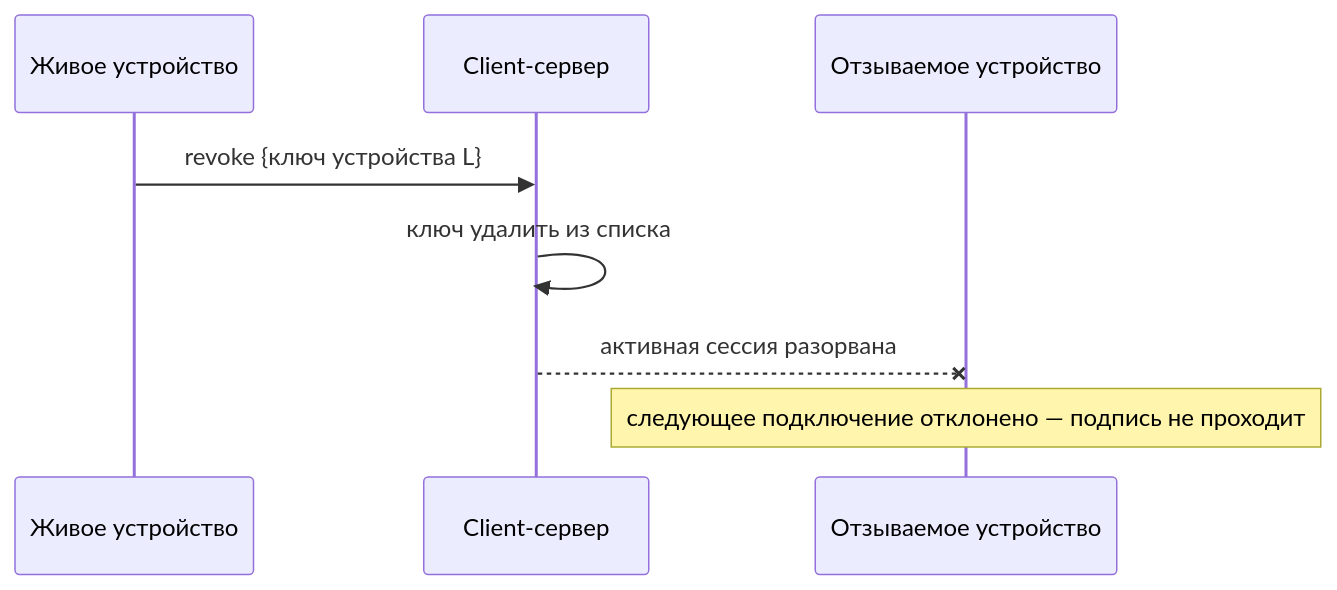
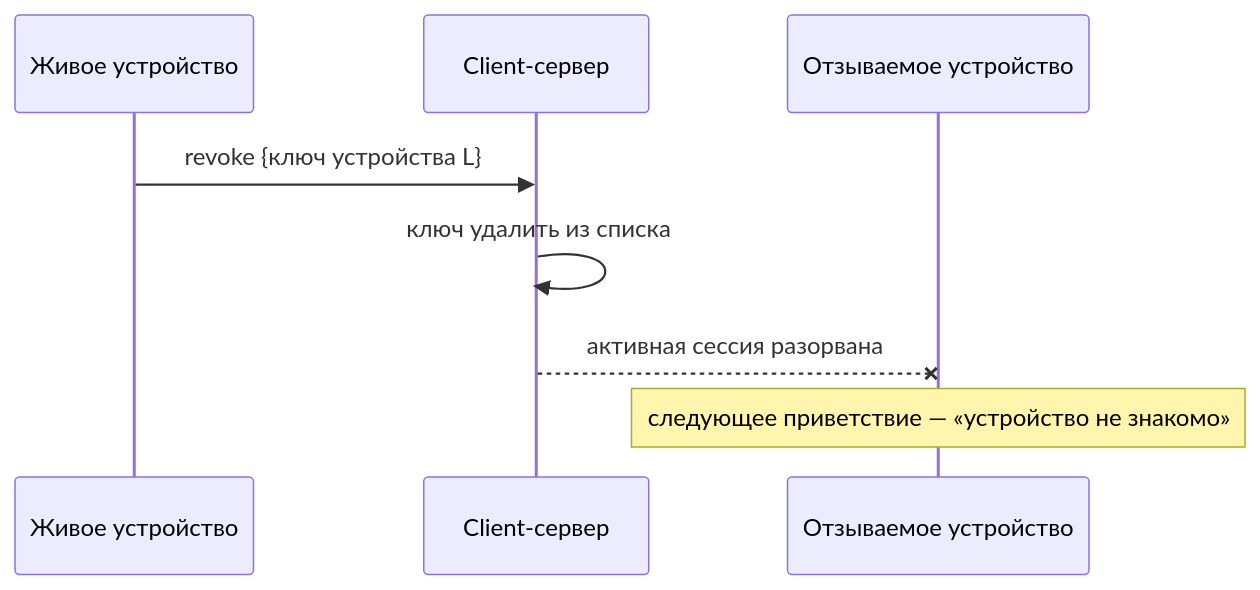
One commit to cyphernet-labs/nox-app changed the fifth of 6 diagrams in docs/client-backend/architecture/authentication.md. Above: the diagram before and after it, drawn with Mermaid. The commit also changed other lines of this file and 5 other files, not shown here.

````diff
--- a/docs/client-backend/architecture/authentication.md
+++ b/docs/client-backend/architecture/authentication.md
@@ -162,10 +163,10 @@
 ```mermaid
 sequenceDiagram
   participant P as Живое устройство
   participant CB as Client-сервер
   participant L as Отзываемое устройство
   P->>CB: revoke {ключ устройства L}
   CB->>CB: ключ удалить из списка
   CB--xL: активная сессия разорвана
-  Note over L: следующее подключение отклонено — подпись не проходит
+  Note over L: следующее приветствие — «устройство не знакомо»
 ```
````
